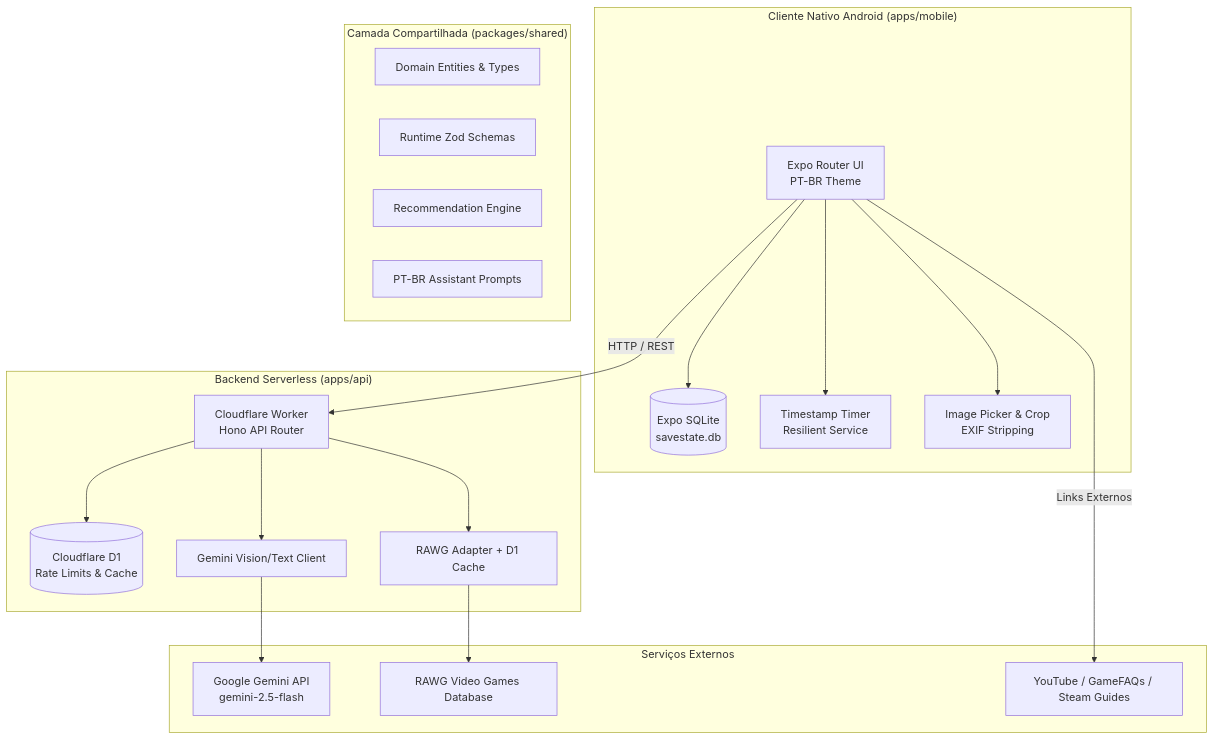
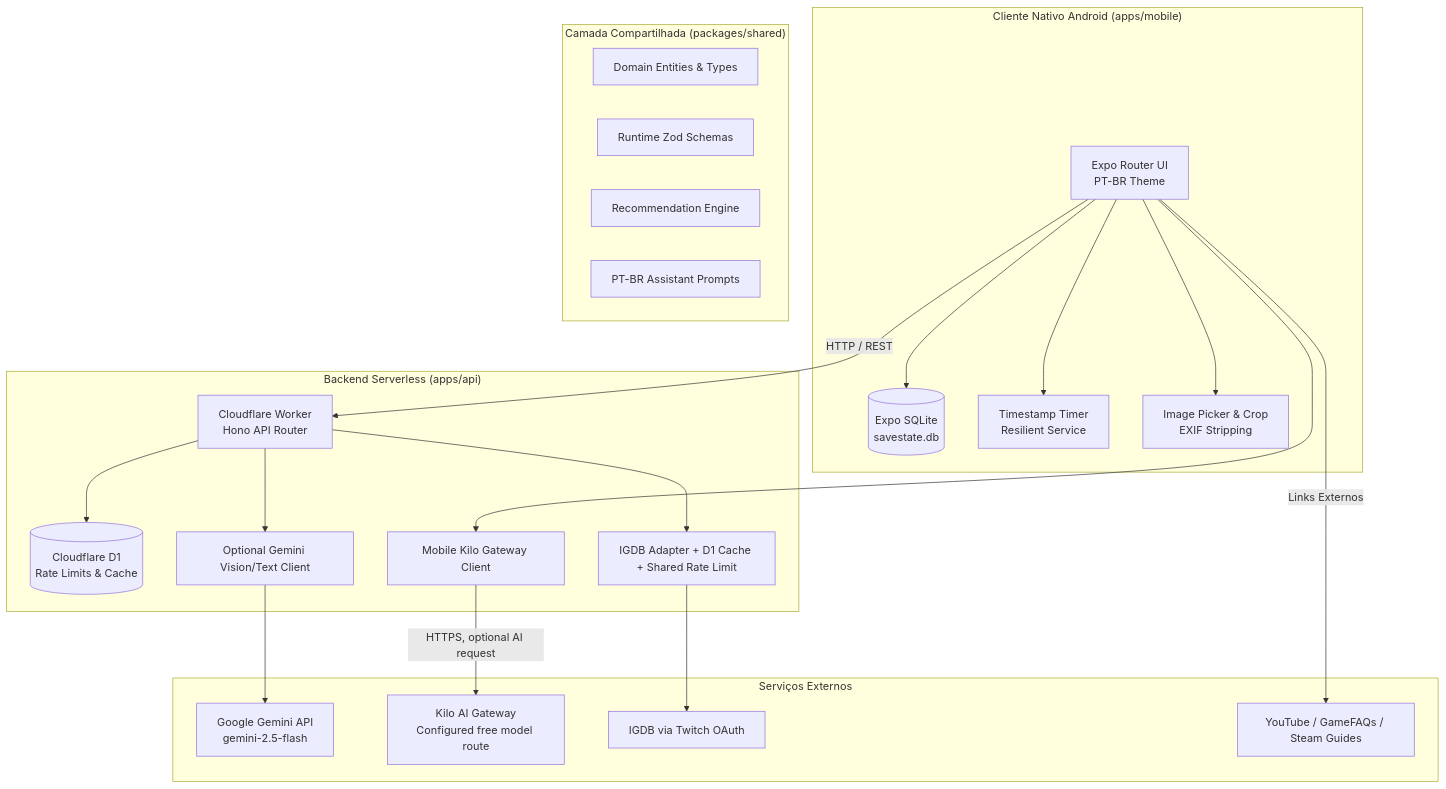
One commit to rlima-gif/savestate changed the diagram in docs/ARCHITECTURE.md. Above: the diagram before and after it, drawn with Mermaid. The commit also changed other lines of this file and 24 other files, not shown here.

Commit message:
fix: restore resilient IGDB catalog search

````diff
--- a/docs/ARCHITECTURE.md
+++ b/docs/ARCHITECTURE.md
@@ -9,40 +9,44 @@
 ```mermaid
 graph TD
     subgraph "Cliente Nativo Android (apps/mobile)"
         UI[Expo Router UI<br/>PT-BR Theme]
         SQLite[(Expo SQLite<br/>savestate.db)]
         Timer[Timestamp Timer<br/>Resilient Service]
         Picker[Image Picker & Crop<br/>EXIF Stripping]
         UI --> SQLite
         UI --> Timer
         UI --> Picker
     end
 
     subgraph "Camada Compartilhada (packages/shared)"
         Types[Domain Entities & Types]
         Zod[Runtime Zod Schemas]
         Recom[Recommendation Engine]
         Prompts[PT-BR Assistant Prompts]
     end
 
     subgraph "Backend Serverless (apps/api)"
         Hono[Cloudflare Worker<br/>Hono API Router]
         D1[(Cloudflare D1<br/>Rate Limits & Cache)]
-        GeminiClient[Gemini Vision/Text Client]
-        CatalogClient[RAWG Adapter + D1 Cache]
+        GeminiClient[Optional Gemini Vision/Text Client]
+        KiloClient[Mobile Kilo Gateway Client]
+        CatalogClient[IGDB Adapter + D1 Cache + Shared Rate Limit]
         Hono --> D1
         Hono --> GeminiClient
         Hono --> CatalogClient
     end
 
     subgraph "Serviços Externos"
         GoogleAI[Google Gemini API<br/>gemini-2.5-flash]
-        RAWGAPI[RAWG Video Games Database]
+        KiloGateway[Kilo AI Gateway<br/>Configured free model route]
+        IGDBAPI[IGDB via Twitch OAuth]
         Community[YouTube / GameFAQs / Steam Guides]
     end
 
     UI -->|HTTP / REST| Hono
     GeminiClient --> GoogleAI
-    CatalogClient --> RAWGAPI
+    UI --> KiloClient
+    KiloClient -->|HTTPS, optional AI request| KiloGateway
+    CatalogClient --> IGDBAPI
     UI -->|Links Externos| Community
 ```
````
